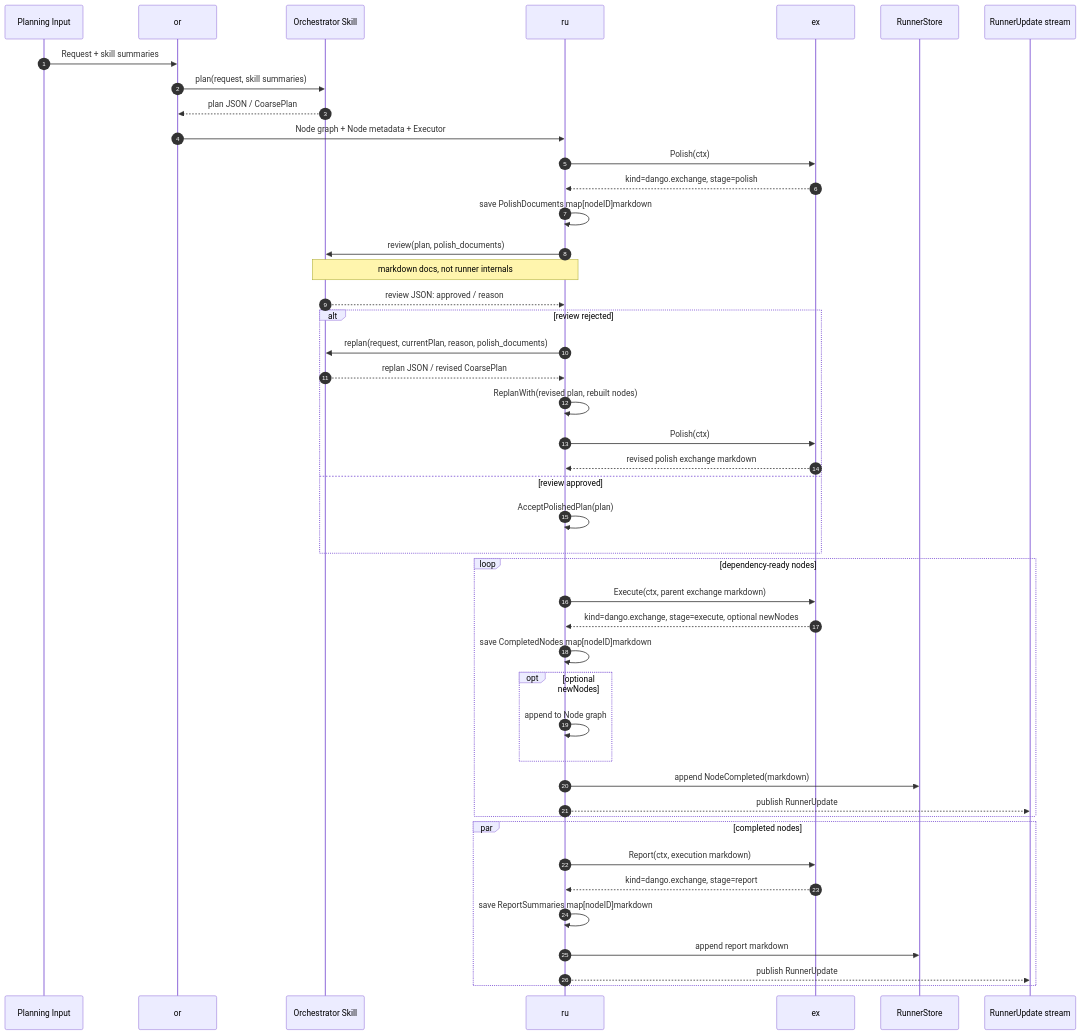
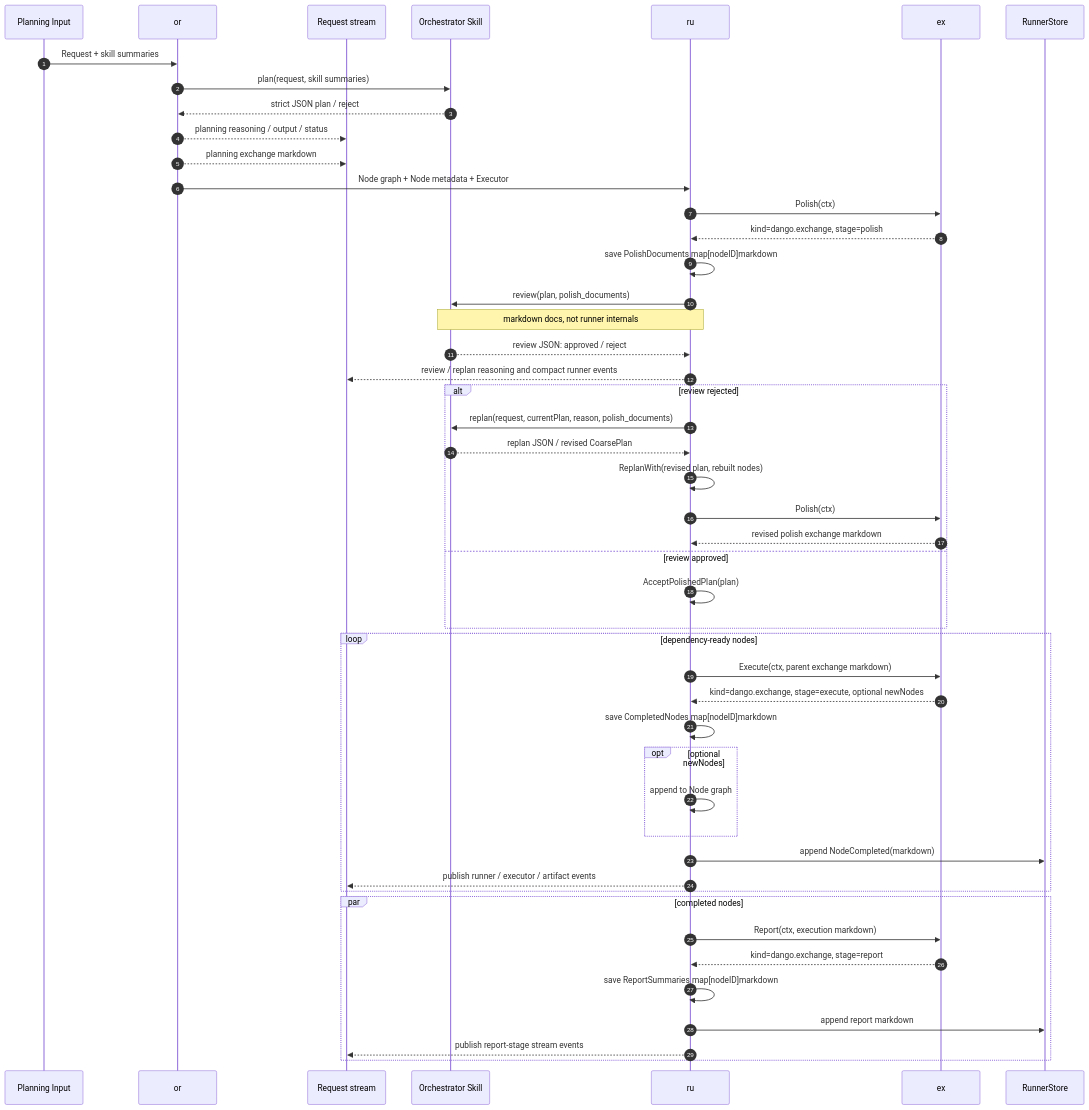
Before and after one commit to TsumiNa/dango: the second of 5 diagrams in architecture.md, drawn with Mermaid. The commit also changed other lines of this file and 72 other files, not shown here.

````diff
--- a/architecture.md
+++ b/architecture.md
@@ -70,51 +77,54 @@
 ```mermaid
 sequenceDiagram
     autonumber
     participant I as Planning Input
     participant O as or
+    participant U as Request stream
     participant OS as Orchestrator Skill
     participant R as ru
     participant E as ex
     participant ST as RunnerStore
-    participant U as RunnerUpdate stream
 
     I->>O: Request + skill summaries
     O->>OS: plan(request, skill summaries)
-    OS-->>O: plan JSON / CoarsePlan
+    OS-->>O: strict JSON plan / reject
+    O-->>U: planning reasoning / output / status
+    O-->>U: planning exchange markdown
     O->>R: Node graph + Node metadata + Executor
     R->>E: Polish(ctx)
     E-->>R: kind=dango.exchange, stage=polish
     R->>R: save PolishDocuments map[nodeID]markdown
     R->>OS: review(plan, polish_documents)
     Note over R,OS: markdown docs, not runner internals
-    OS-->>R: review JSON: approved / reason
+    OS-->>R: review JSON: approved / reject
+    R-->>U: review / replan reasoning and compact runner events
 
     alt review rejected
         R->>OS: replan(request, currentPlan, reason, polish_documents)
         OS-->>R: replan JSON / revised CoarsePlan
         R->>R: ReplanWith(revised plan, rebuilt nodes)
         R->>E: Polish(ctx)
         E-->>R: revised polish exchange markdown
     else review approved
         R->>R: AcceptPolishedPlan(plan)
     end
 
     loop dependency-ready nodes
         R->>E: Execute(ctx, parent exchange markdown)
         E-->>R: kind=dango.exchange, stage=execute, optional newNodes
         R->>R: save CompletedNodes map[nodeID]markdown
         opt optional newNodes
             R->>R: append to Node graph
         end
         R->>ST: append NodeCompleted(markdown)
-        R-->>U: publish RunnerUpdate
+        R-->>U: publish runner / executor / artifact events
     end
 
     par completed nodes
         R->>E: Report(ctx, execution markdown)
         E-->>R: kind=dango.exchange, stage=report
         R->>R: save ReportSummaries map[nodeID]markdown
         R->>ST: append report markdown
-        R-->>U: publish RunnerUpdate
+        R-->>U: publish report-stage stream events
     end
 ```
````
